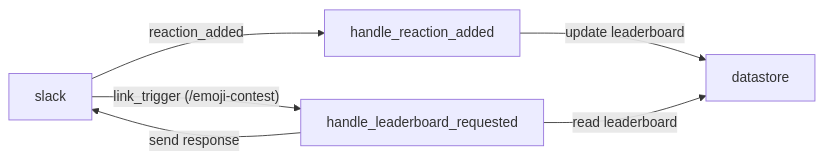
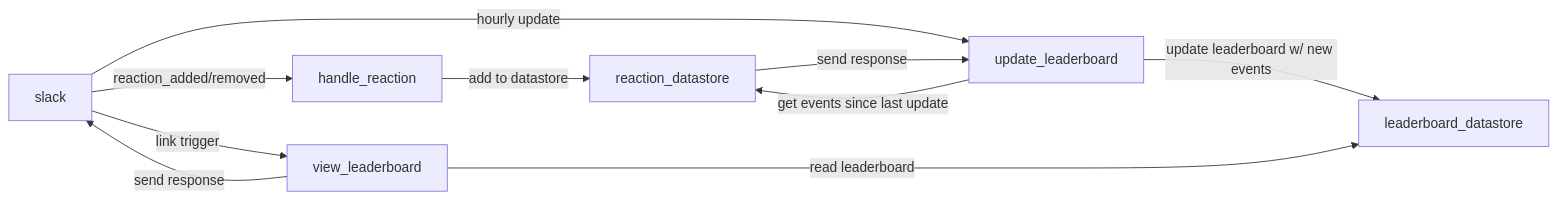
Before and after one commit to limlabs/reaction-contest: the diagram in docs/hld.md, drawn with Mermaid. The commit also changed other lines of this file, not shown here.

Commit message:
updates design doc diagram

````diff
--- a/docs/hld.md
+++ b/docs/hld.md
@@ -28,8 +28,12 @@
 ```mermaid
 flowchart LR
-  slack -- reaction_added --> handle_reaction_added
-  slack -- "link_trigger (/emoji-contest)" --> handle_leaderboard_requested
-  handle_reaction_added -- "update leaderboard" --> datastore
-  handle_leaderboard_requested -- "read leaderboard" --> datastore
-  handle_leaderboard_requested -- "send response" --> slack
+  slack -- reaction_added/removed --> handle_reaction
+  slack -- "hourly update" --> update_leaderboard
+  slack -- "link trigger" --> view_leaderboard
+  handle_reaction -- "add to datastore" --> reaction_datastore
+  update_leaderboard -- "get events since last update" --> reaction_datastore
+  reaction_datastore -- "send response" --> update_leaderboard
+  update_leaderboard -- "update leaderboard w/ new events" --> leaderboard_datastore
+  view_leaderboard -- "read leaderboard" --> leaderboard_datastore
+  view_leaderboard -- "send response" --> slack
 ```
````
